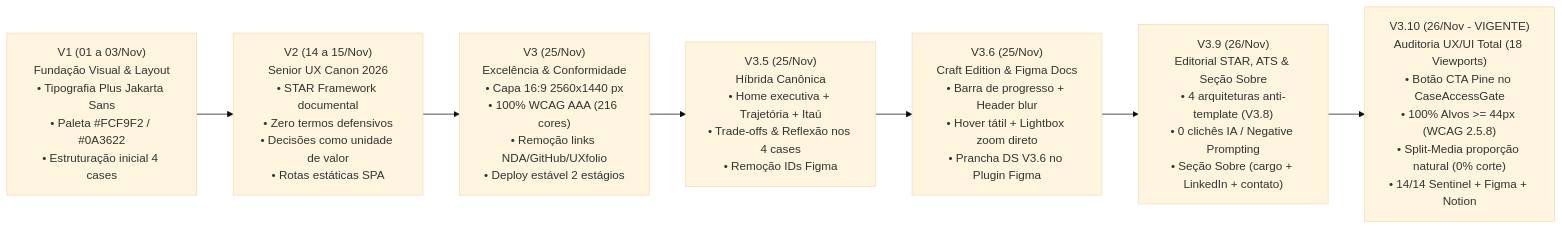
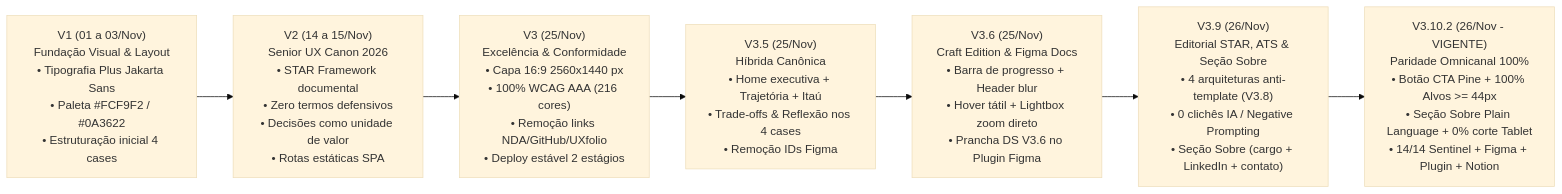
One commit to israelfull-commits/portfolio changed the diagram in docs/INDEX_GOVERNANCA_E_DECISOES.md. Above: the diagram before and after it, drawn with Mermaid (base theme). The commit also changed 4 other files, not shown here.

Commit message:
chore(v3.10.2): 100% omnichannel parity (Claro tablet aspect fix, Itaú STAR submodules, Figma plugin V3.10.2, docs & Notion sync)

````diff
--- a/docs/INDEX_GOVERNANCA_E_DECISOES.md
+++ b/docs/INDEX_GOVERNANCA_E_DECISOES.md
@@ -15,11 +15,11 @@
 ```mermaid
 flowchart LR
     V1["V1 (01 a 03/Nov)<br>Fundação Visual & Layout<br>• Tipografia Plus Jakarta Sans<br>• Paleta #FCF9F2 / #0A3622<br>• Estruturação inicial 4 cases"]
     V2["V2 (14 a 15/Nov)<br>Senior UX Canon 2026<br>• STAR Framework documental<br>• Zero termos defensivos<br>• Decisões como unidade de valor<br>• Rotas estáticas SPA"]
     V3["V3 (25/Nov)<br>Excelência & Conformidade<br>• Capa 16:9 2560x1440 px<br>• 100% WCAG AAA (216 cores)<br>• Remoção links NDA/GitHub/UXfolio<br>• Deploy estável 2 estágios"]
     V35["V3.5 (25/Nov)<br>Híbrida Canônica<br>• Home executiva + Trajetória + Itaú<br>• Trade-offs & Reflexão nos 4 cases<br>• Remoção IDs Figma"]
     V36["V3.6 (25/Nov)<br>Craft Edition & Figma Docs<br>• Barra de progresso + Header blur<br>• Hover tátil + Lightbox zoom direto<br>• Prancha DS V3.6 no Plugin Figma"]
     V39["V3.9 (26/Nov)<br>Editorial STAR, ATS & Seção Sobre<br>• 4 arquiteturas anti-template (V3.8)<br>• 0 clichês IA / Negative Prompting<br>• Seção Sobre (cargo + LinkedIn + contato)"]
-    V310["V3.10 (26/Nov - VIGENTE)<br>Auditoria UX/UI Total (18 Viewports)<br>• Botão CTA Pine no CaseAccessGate<br>• 100% Alvos >= 44px (WCAG 2.5.8)<br>• Split-Media proporção natural (0% corte)<br>• 14/14 Sentinel + Figma + Notion"]
+    V310["V3.10.2 (26/Nov - VIGENTE)<br>Paridade Omnicanal 100%<br>• Botão CTA Pine + 100% Alvos >= 44px<br>• Seção Sobre Plain Language + 0% corte Tablet<br>• 14/14 Sentinel + Figma + Plugin + Notion"]
     V1 --> V2 --> V3 --> V35 --> V36 --> V39 --> V310
 ```
````
